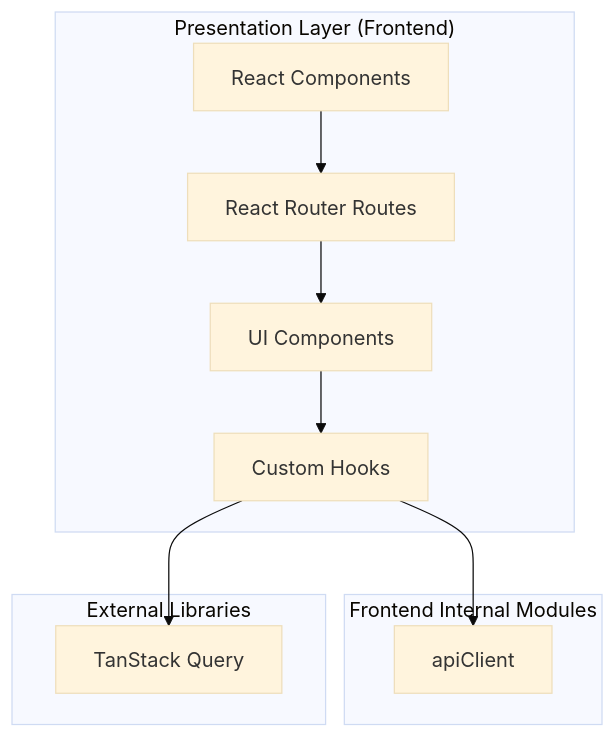
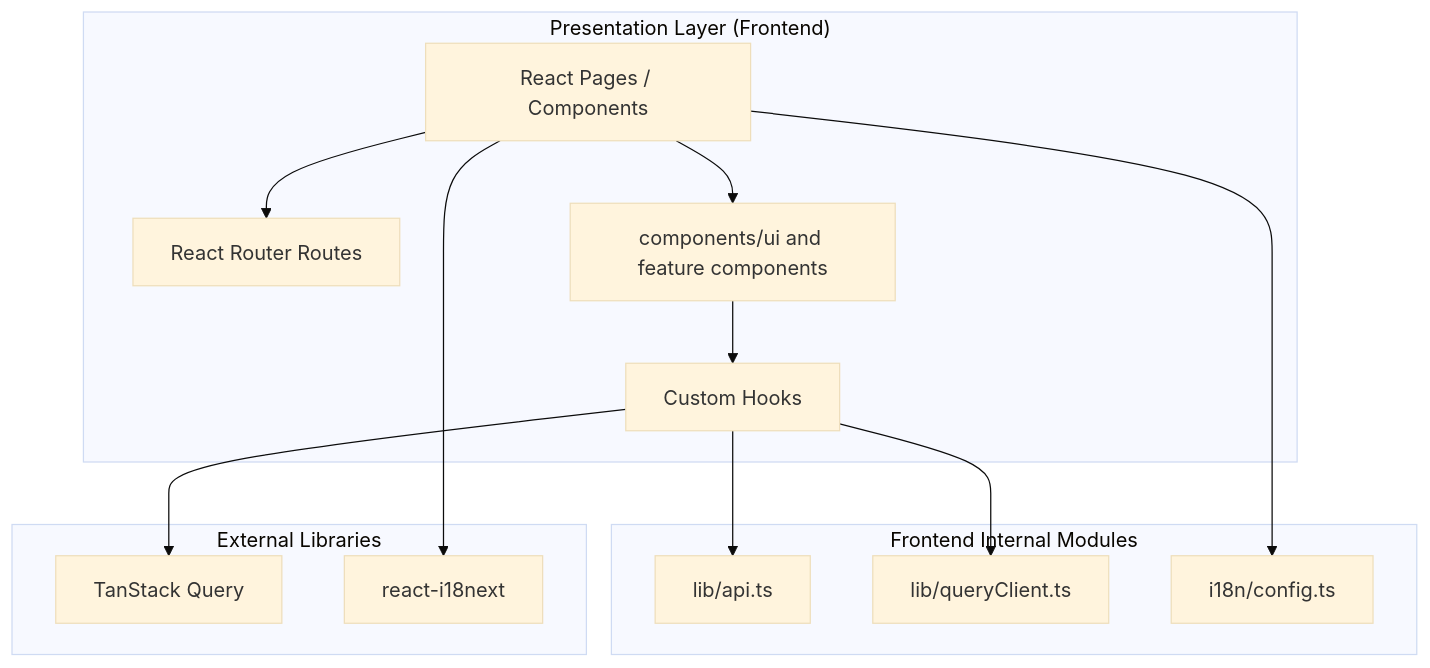
One commit to yukiharada1228/videoq changed the second of 8 diagrams in docs/architecture/system-configuration-diagram.md. Above: the diagram before and after it, drawn with Mermaid (base theme). The commit also changed other lines of this file and 7 other files, not shown here.

````diff
--- a/docs/architecture/system-configuration-diagram.md
+++ b/docs/architecture/system-configuration-diagram.md
@@ -114,23 +117,29 @@
 ```mermaid
 graph TB
     subgraph Presentation["Presentation Layer (Frontend)"]
-        P1[React Components]
+        P1[React Pages / Components]
         P2[React Router Routes]
-        P3[UI Components]
+        P3[components/ui and feature components]
         P4[Custom Hooks]
     end
 
     subgraph FrontendModules["Frontend Internal Modules"]
-        F1[apiClient]
+        F1[lib/api.ts]
+        F2[lib/queryClient.ts]
+        F3[i18n/config.ts]
     end
 
     subgraph Lib["External Libraries"]
         L1[TanStack Query]
+        L2[react-i18next]
     end
 
     P1 --> P2
-    P2 --> P3
+    P1 --> P3
     P3 --> P4
     P4 --> F1
+    P4 --> F2
+    P1 --> F3
     P4 --> L1
+    P1 --> L2
 ```
````
